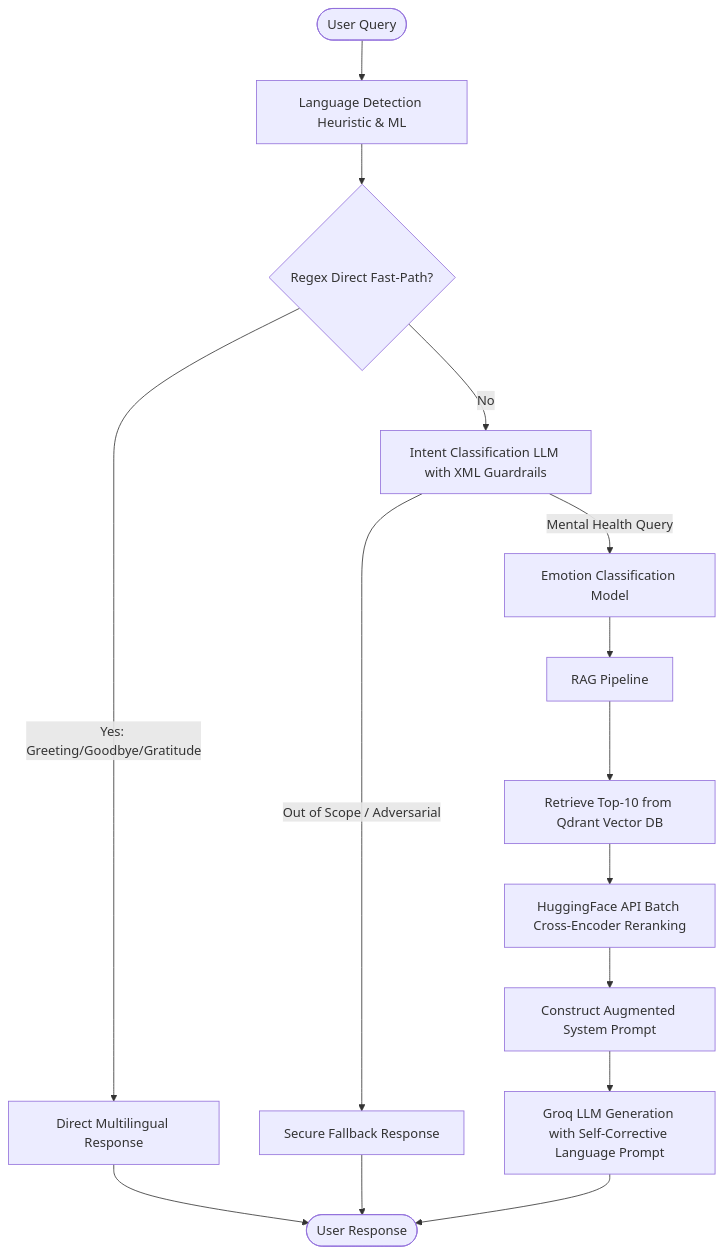
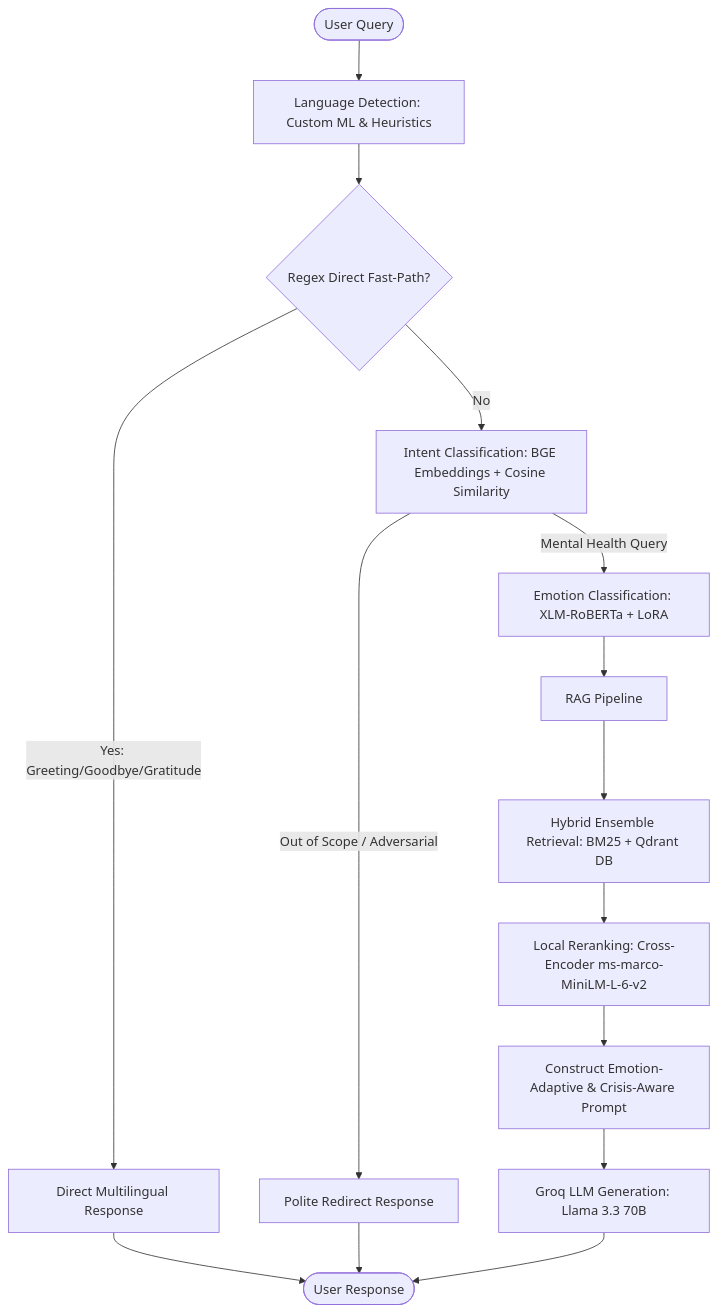
One commit to Mazen149/Mental-Health-RAG-Chatbot changed the diagram in README.md. Above: the diagram before and after it, drawn with Mermaid. The commit also changed other lines of this file and 35 other files, not shown here.

````diff
--- a/README.md
+++ b/README.md
@@ -15,24 +30,24 @@
 ```mermaid
 graph TD
-    UserQuery([User Query]) --> LangDetect[Language Detection Heuristic & ML]
+    UserQuery([User Query]) --> LangDetect[Language Detection: Custom ML & Heuristics]
     LangDetect --> RegexRouter{Regex Direct Fast-Path?}
     
     %% Direct Conversational Responses
     RegexRouter -- Yes: Greeting/Goodbye/Gratitude --> DirectResponse[Direct Multilingual Response]
     DirectResponse --> Output([User Response])
 
     %% NLP Processing Layer
-    RegexRouter -- No --> IntentClass[Intent Classification LLM with XML Guardrails]
-    IntentClass -- Out of Scope / Adversarial --> GuardrailResponse[Secure Fallback Response]
+    RegexRouter -- No --> IntentClass[Intent Classification: BGE Embeddings + Cosine Similarity]
+    IntentClass -- Out of Scope / Adversarial --> GuardrailResponse[Polite Redirect Response]
     GuardrailResponse --> Output
 
-    IntentClass -- Mental Health Query --> EmotionClass[Emotion Classification Model]
+    IntentClass -- Mental Health Query --> EmotionClass[Emotion Classification: XLM-RoBERTa + LoRA]
     EmotionClass --> RAGPipeline[RAG Pipeline]
     
     %% RAG Pipeline
-    RAGPipeline --> QdrantRetrieval[Retrieve Top-10 from Qdrant Vector DB]
-    QdrantRetrieval --> Reranker[HuggingFace API Batch Cross-Encoder Reranking]
-    Reranker --> SystemPrompt[Construct Augmented System Prompt]
-    SystemPrompt --> LLM[Groq LLM Generation with Self-Corrective Language Prompt]
+    RAGPipeline --> HybridRetrieval[Hybrid Ensemble Retrieval: BM25 + Qdrant DB]
+    HybridRetrieval --> Reranker[Local Reranking: Cross-Encoder ms-marco-MiniLM-L-6-v2]
+    Reranker --> SystemPrompt[Construct Emotion-Adaptive & Crisis-Aware Prompt]
+    SystemPrompt --> LLM[Groq LLM Generation: Llama 3.3 70B]
     LLM --> Output
 ```
````
